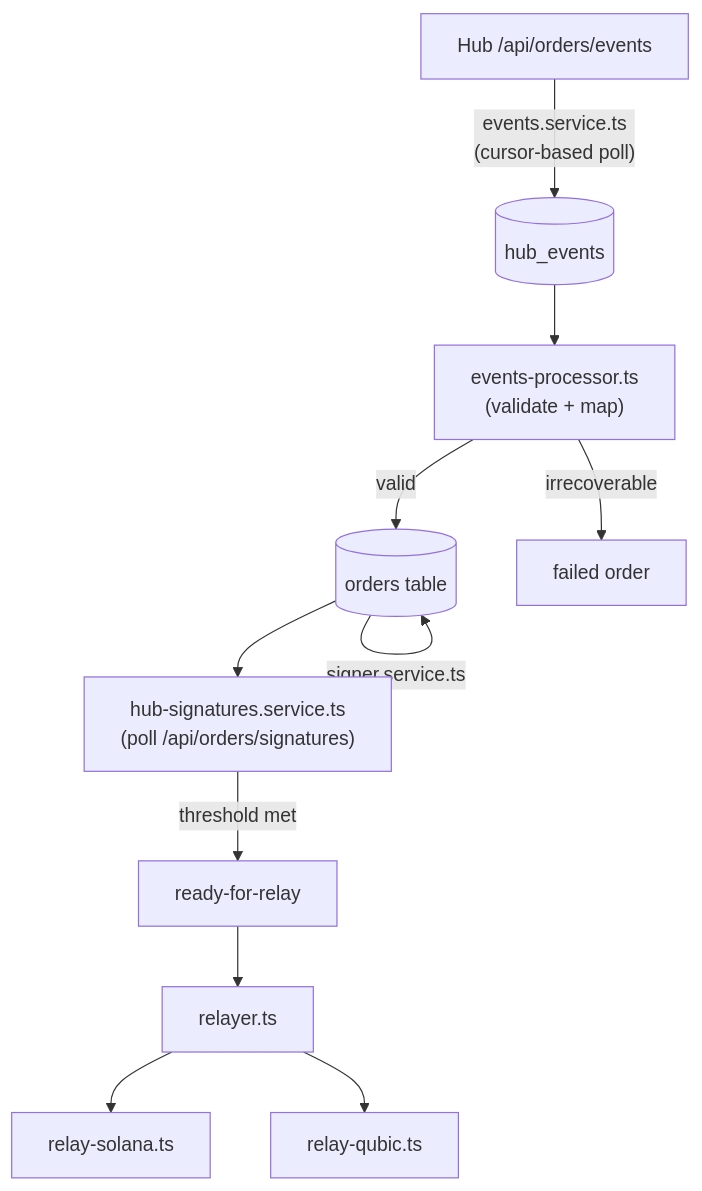
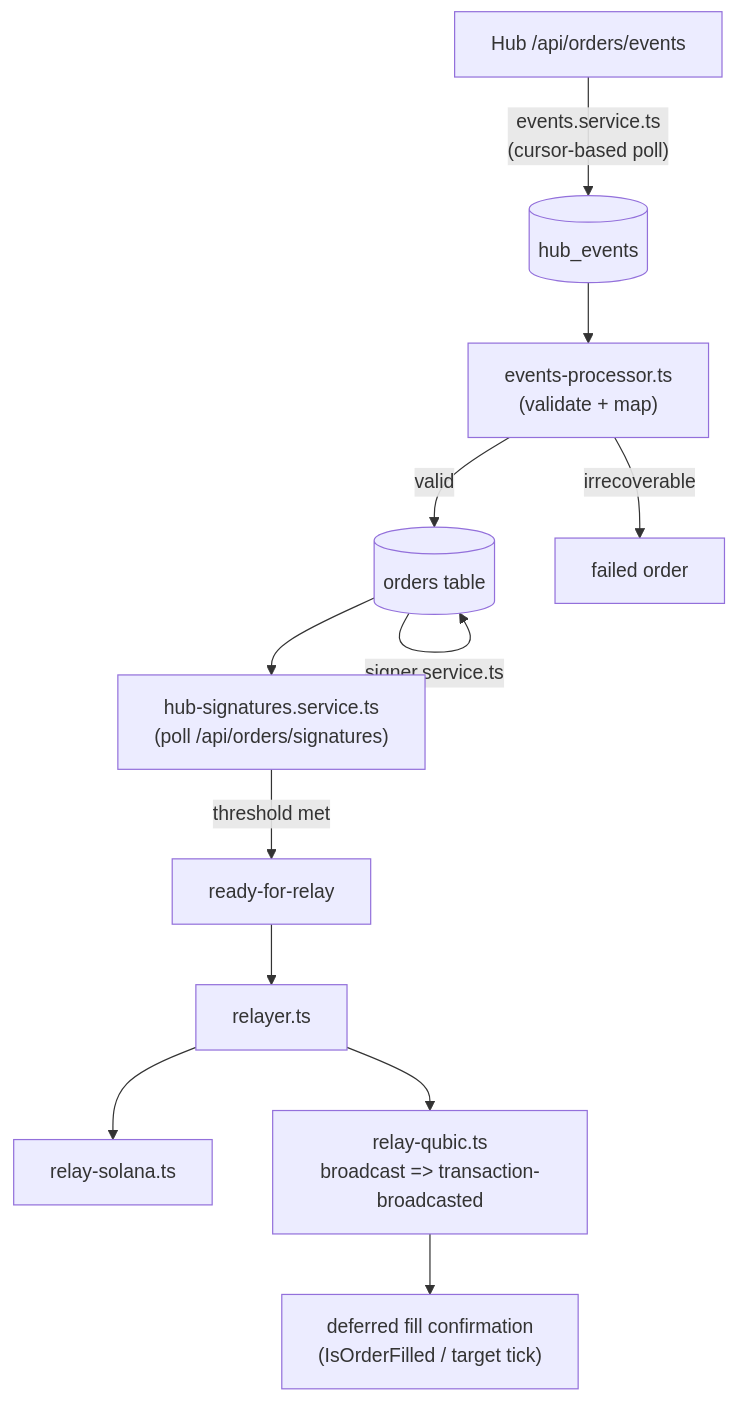
Before and after one commit to avicenne-studio/qs-bridge-oracle: the diagram in AGENTS.md, drawn with Mermaid. The commit also changed other lines of this file and 12 other files, not shown here.

````diff
--- a/AGENTS.md
+++ b/AGENTS.md
@@ -54,13 +59,14 @@
 ```mermaid
 flowchart TD
     A["Hub /api/orders/events"] -->|"events.service.ts\n(cursor-based poll)"| B[(hub_events)]
     B --> C["events-processor.ts\n(validate + map)"]
     C -->|valid| D[(orders table)]
     C -->|irrecoverable| E["failed order"]
     D -->|"signer.service.ts"| D
     D --> F["hub-signatures.service.ts\n(poll /api/orders/signatures)"]
     F -->|"threshold met"| G["ready-for-relay"]
     G --> H["relayer.ts"]
     H --> I["relay-solana.ts"]
-    H --> J["relay-qubic.ts"]
+    H --> J["relay-qubic.ts\nbroadcast => transaction-broadcasted"]
+    J --> K["deferred fill confirmation\n(IsOrderFilled / target tick)"]
 ```
````
